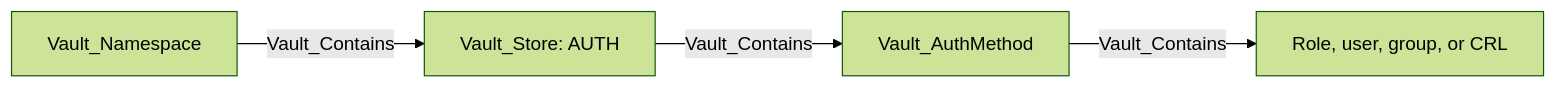
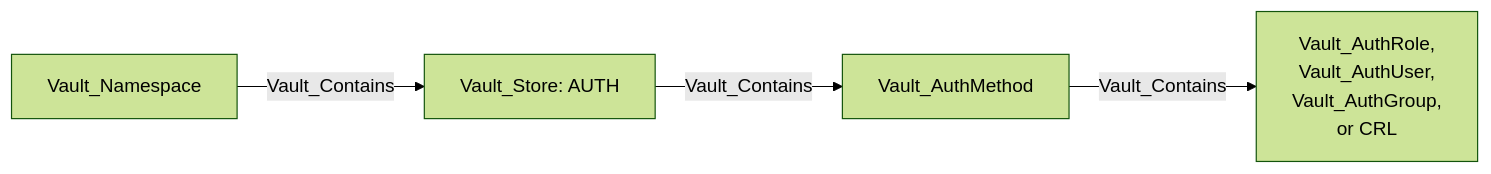
The first of 39 diagrams in Documentation/stores/AUTH.md (bytewreck/opengraph-vault), drawn with Mermaid (forest theme) before and after one commit. The commit also changed 6 other files, not shown here.

````diff
--- a/Documentation/stores/AUTH.md
+++ b/Documentation/stores/AUTH.md
@@ -9,6 +9,6 @@
 ```mermaid
 flowchart LR
     namespace[Vault_Namespace] -->|Vault_Contains| store[Vault_Store: AUTH]
     store -->|Vault_Contains| method[Vault_AuthMethod]
-    method -->|Vault_Contains| object[Role, user, group, or CRL]
+    method -->|Vault_Contains| object[Vault_AuthRole,<br>Vault_AuthUser,<br>Vault_AuthGroup,<br>or CRL]
 ```
````
